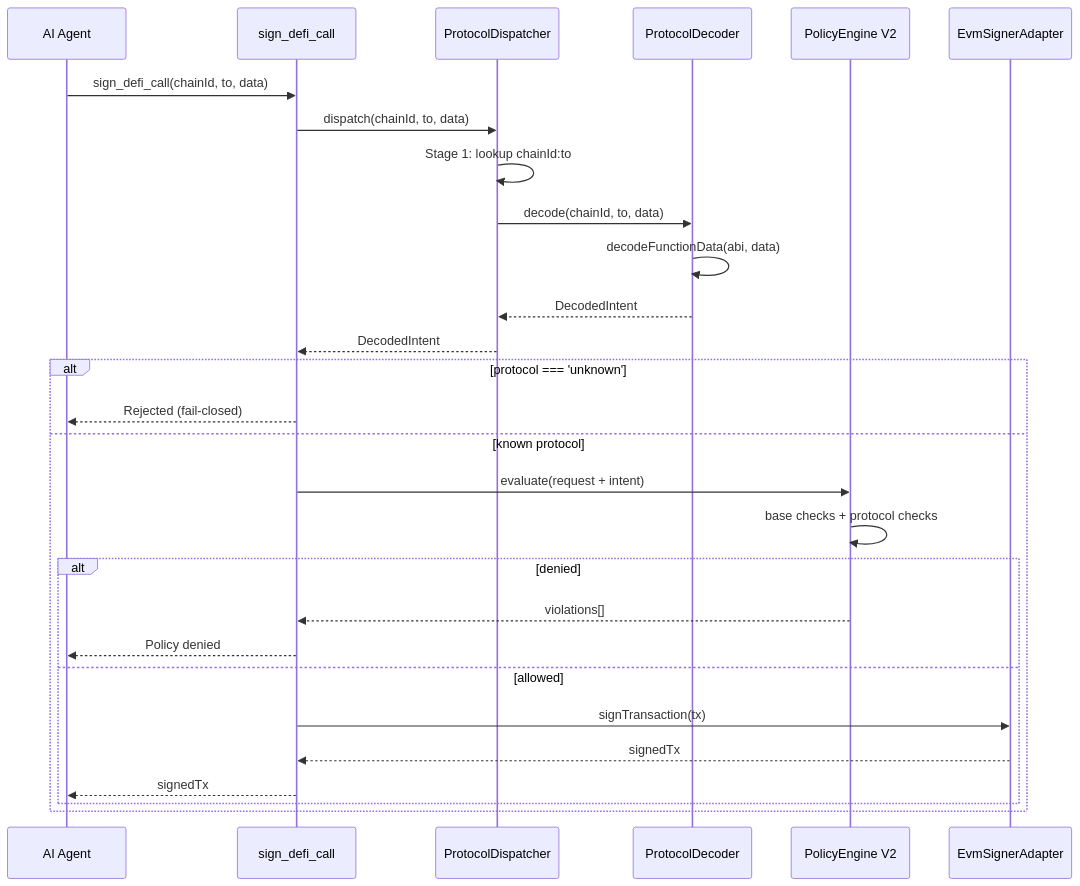
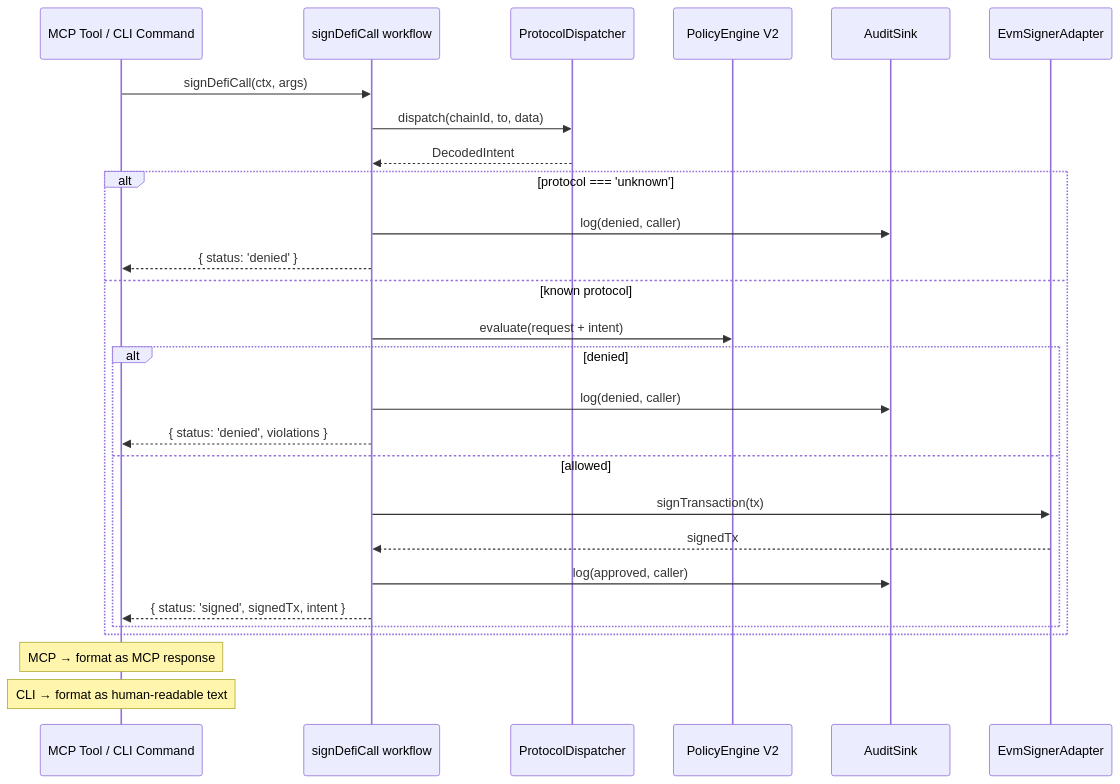
The first of 3 diagrams in docs/features/defi-protocol-integration/2-tech-spec.md (agenticvault/agentic-vault), drawn with Mermaid before and after one commit. The commit also changed other lines of this file and 69 other files, not shown here.

First line of the commit message:
feat: Implements workflow-based DeFi protocol integration

````diff
--- a/docs/features/defi-protocol-integration/2-tech-spec.md
+++ b/docs/features/defi-protocol-integration/2-tech-spec.md
@@ -758,32 +924,32 @@
 ```mermaid
 sequenceDiagram
-    participant Agent as AI Agent
-    participant Tool as sign_defi_call
+    participant Caller as MCP Tool / CLI Command
+    participant WF as signDefiCall workflow
     participant Dispatcher as ProtocolDispatcher
-    participant Decoder as ProtocolDecoder
     participant Policy as PolicyEngine V2
+    participant Audit as AuditSink
     participant Signer as EvmSignerAdapter
 
-    Agent->>Tool: sign_defi_call(chainId, to, data)
-    Tool->>Dispatcher: dispatch(chainId, to, data)
-    Dispatcher->>Dispatcher: Stage 1: lookup chainId:to
-    Dispatcher->>Decoder: decode(chainId, to, data)
-    Decoder->>Decoder: decodeFunctionData(abi, data)
-    Decoder-->>Dispatcher: DecodedIntent
-    Dispatcher-->>Tool: DecodedIntent
+    Caller->>WF: signDefiCall(ctx, args)
+    WF->>Dispatcher: dispatch(chainId, to, data)
+    Dispatcher-->>WF: DecodedIntent
 
     alt protocol === 'unknown'
-        Tool-->>Agent: Rejected (fail-closed)
+        WF->>Audit: log(denied, caller)
+        WF-->>Caller: { status: 'denied' }
     else known protocol
-        Tool->>Policy: evaluate(request + intent)
-        Policy->>Policy: base checks + protocol checks
+        WF->>Policy: evaluate(request + intent)
         alt denied
-            Policy-->>Tool: violations[]
-            Tool-->>Agent: Policy denied
+            WF->>Audit: log(denied, caller)
+            WF-->>Caller: { status: 'denied', violations }
         else allowed
-            Tool->>Signer: signTransaction(tx)
-            Signer-->>Tool: signedTx
-            Tool-->>Agent: signedTx
+            WF->>Signer: signTransaction(tx)
+            Signer-->>WF: signedTx
+            WF->>Audit: log(approved, caller)
+            WF-->>Caller: { status: 'signed', signedTx, intent }
         end
     end
+
+    Note over Caller: MCP → format as MCP response
+    Note over Caller: CLI → format as human-readable text
 ```
````
